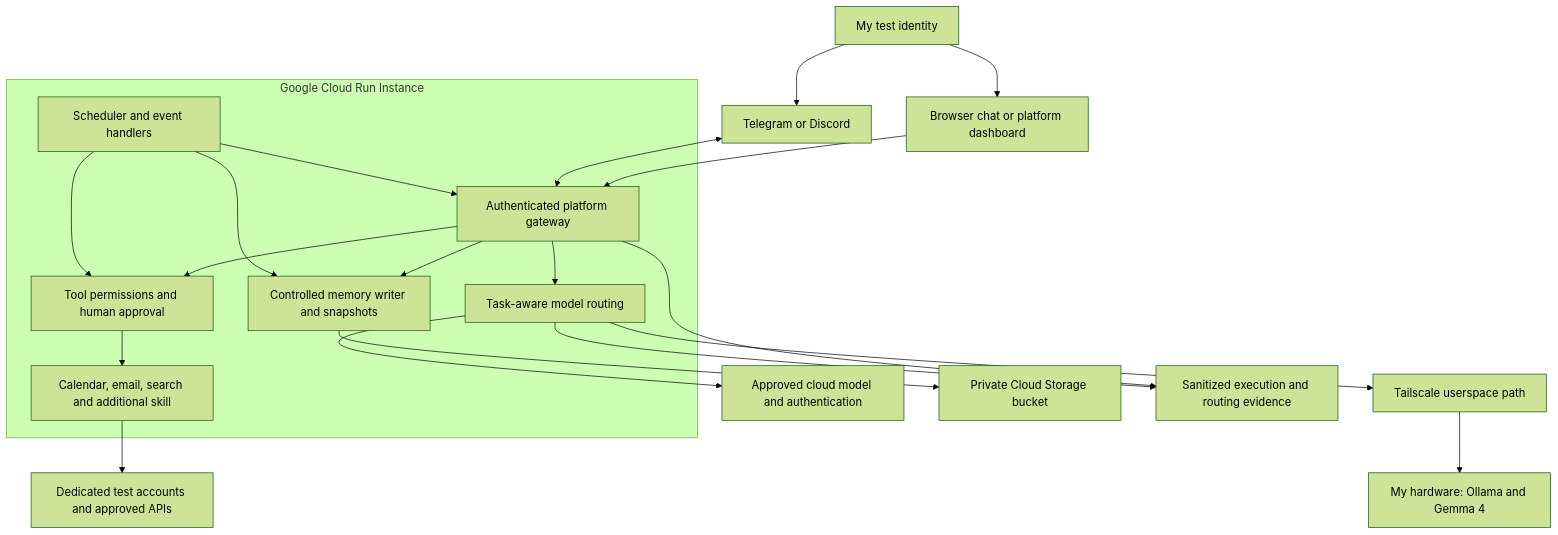
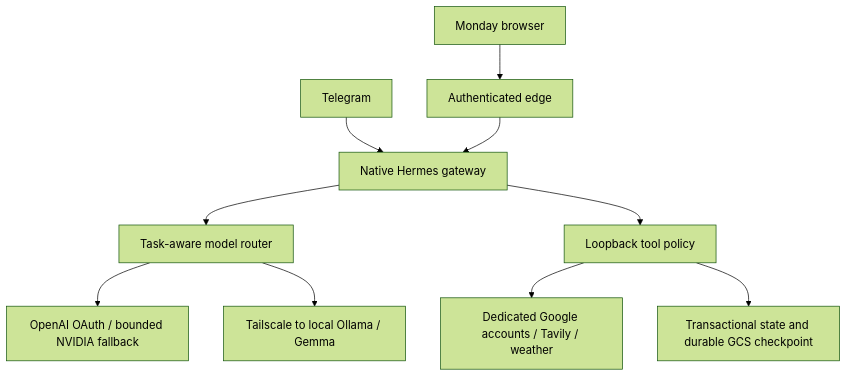
One commit to Arya-Wadhwani07/personal_agent changed the first of 2 diagrams in agent_docs/DESIGN.md. Above: the diagram before and after it, drawn with Mermaid (forest theme). The commit also changed other lines of this file and 32 other files, not shown here.

````diff
--- a/agent_docs/DESIGN.md
+++ b/agent_docs/DESIGN.md
@@ -103,32 +41,12 @@
 ```mermaid
-flowchart TB
-    Me[My test identity]
-    Browser[Browser chat or platform dashboard]
-    Messaging[Telegram or Discord]
-    Me --> Browser
-    Me --> Messaging
-    subgraph Cloud[Google Cloud Run Instance]
-        Gateway[Authenticated platform gateway]
-        Scheduler[Scheduler and event handlers]
-        Policy[Tool permissions and human approval]
-        Router[Task-aware model routing]
-        Tools[Calendar, email, search and additional skill]
-        Memory[Controlled memory writer and snapshots]
-        Gateway --> Router
-        Gateway --> Policy
-        Scheduler --> Policy
-        Policy --> Tools
-        Gateway --> Memory
-        Scheduler --> Memory
-    end
-    Browser --> Gateway
-    Messaging <--> Gateway
-    Scheduler --> Gateway
-    Router --> Provider[Approved cloud model and authentication]
-    Router --> Tunnel[Tailscale userspace path]
-    Tunnel --> Ollama[My hardware: Ollama and Gemma 4]
-    Tools --> Accounts[Dedicated test accounts and approved APIs]
-    Memory --> Bucket[Private Cloud Storage bucket]
-    Gateway --> Logs[Sanitized execution and routing evidence]
-    Router --> Logs
+flowchart TD
+  T[Telegram] --> H[Native Hermes gateway]
+  B[Monday browser] --> E[Authenticated edge]
+  E --> H
+  H --> R[Task-aware model router]
+  R --> C[OpenAI OAuth / bounded NVIDIA fallback]
+  R --> L[Tailscale to local Ollama / Gemma]
+  H --> P[Loopback tool policy]
+  P --> G[Dedicated Google accounts / Tavily / weather]
+  P --> S[Transactional state and durable GCS checkpoint]
 ```
````
